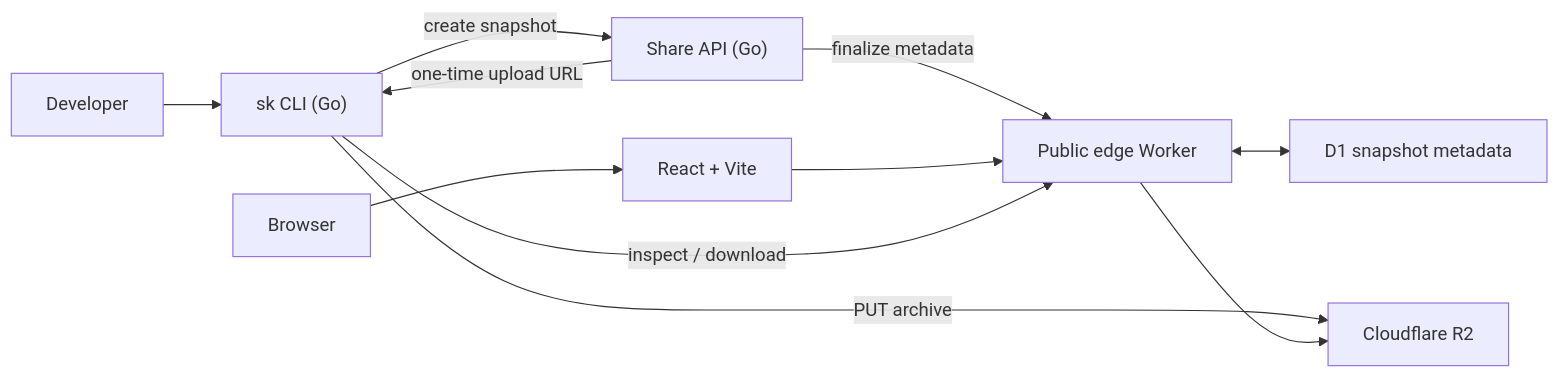
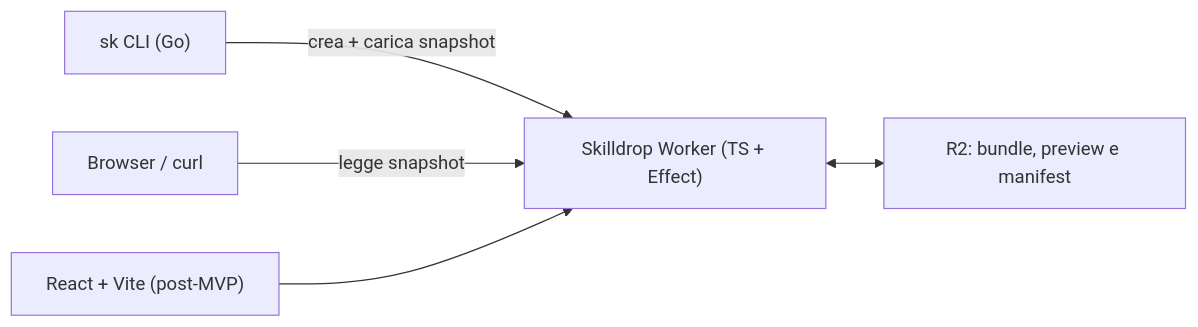
The diagram in ARCHITECTURE.md (skilldrophq/skilldrop), drawn with Mermaid before and after one commit. The commit also changed other lines of this file and 4 other files, not shown here.

````diff
--- a/ARCHITECTURE.md
+++ b/ARCHITECTURE.md
@@ -38,13 +33,7 @@
 ```mermaid
 flowchart LR
-  User["Developer"] --> CLI["sk CLI (Go)"]
-  CLI -->|"create snapshot"| API["Share API (Go)"]
-  API -->|"one-time upload URL"| CLI
-  CLI -->|"PUT archive"| R2["Cloudflare R2"]
-  API -->|"finalize metadata"| Worker["Public edge Worker"]
-  Worker <--> D1["D1 snapshot metadata"]
-  Worker --> R2
-  Browser["Browser"] --> Web["React + Vite"]
-  Web --> Worker
-  CLI -->|"inspect / download"| Worker
+  CLI["sk CLI (Go)"] -->|"crea + carica snapshot"| Worker["Skilldrop Worker (TS + Effect)"]
+  Browser["Browser / curl"] -->|"legge snapshot"| Worker
+  Worker <--> R2["R2: bundle, preview e manifest"]
+  Web["React + Vite (post-MVP)"] --> Worker
 ```
````
